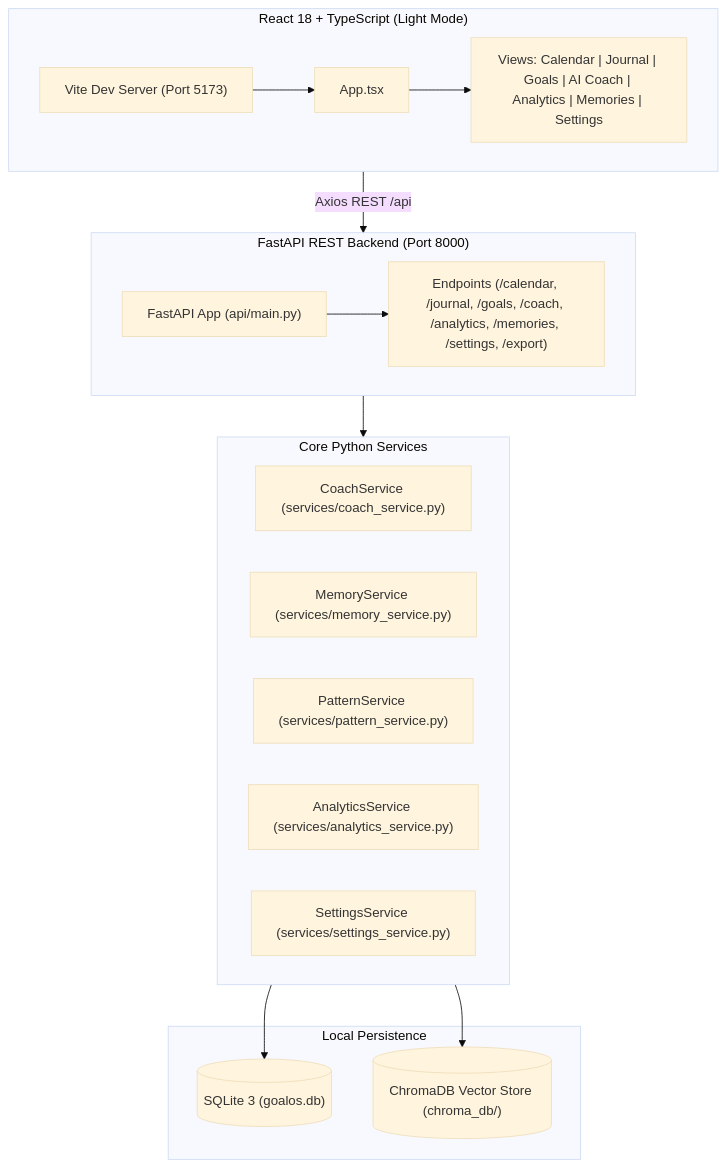
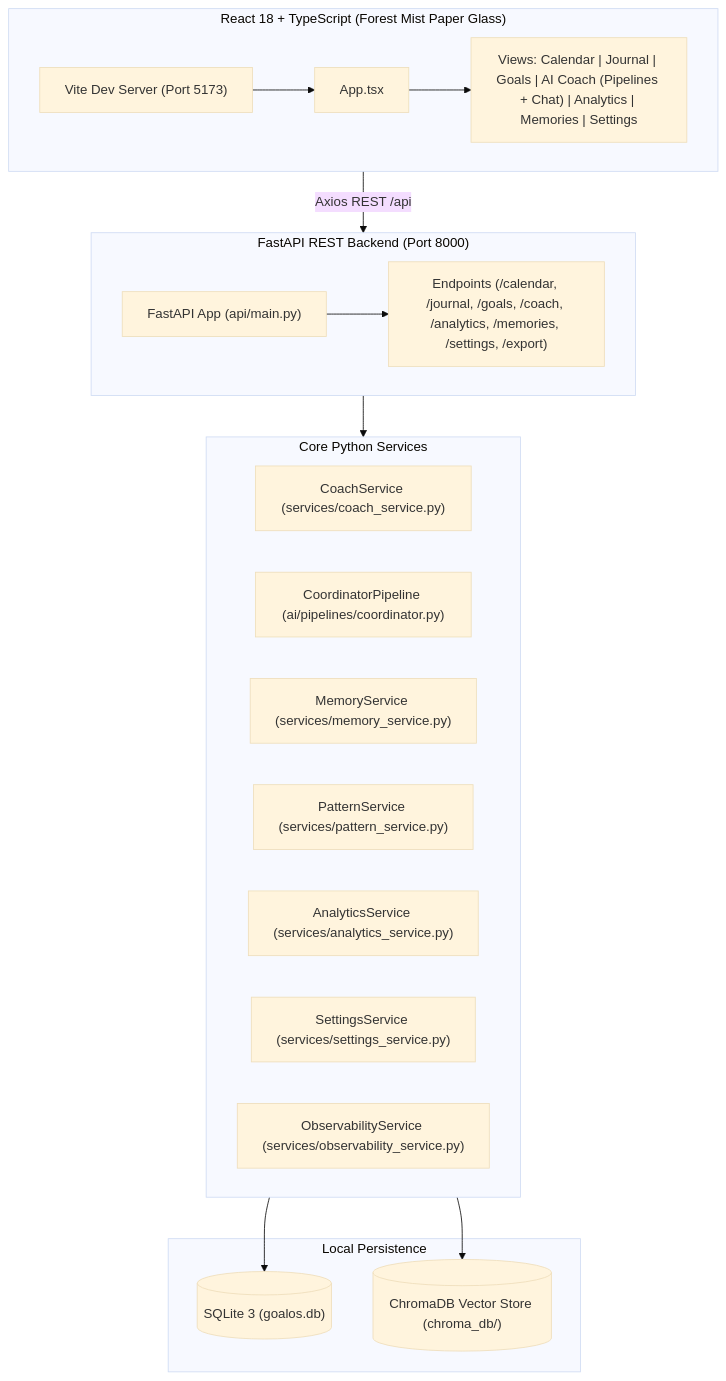
The diagram in README.md (jegadeesh17/GoalOS), drawn with Mermaid (base theme) before and after one commit. The commit also changed other lines of this file and 4 other files, not shown here.

First line of the commit message:
docs: sync README, architecture doc, and project brain with current state

````diff
--- a/README.md
+++ b/README.md
@@ -94,33 +95,35 @@
 ```mermaid
 flowchart TD
-    subgraph Frontend_Layer ["React 18 + TypeScript (Light Mode)"]
+    subgraph Frontend_Layer ["React 18 + TypeScript (Forest Mist Paper Glass)"]
         Vite["Vite Dev Server (Port 5173)"]
         App["App.tsx"]
-        Views["Views: Calendar | Journal | Goals | AI Coach | Analytics | Memories | Settings"]
+        Views["Views: Calendar | Journal | Goals | AI Coach (Pipelines + Chat) | Analytics | Memories | Settings"]
         Vite --> App --> Views
     end
 
     subgraph API_Layer ["FastAPI REST Backend (Port 8000)"]
         FastAPI["FastAPI App (api/main.py)"]
         Routes["Endpoints (/calendar, /journal, /goals, /coach, /analytics, /memories, /settings, /export)"]
         FastAPI --> Routes
     end
 
     subgraph Service_Layer ["Core Python Services"]
         CoachService["CoachService (services/coach_service.py)"]
+        Coordinator["CoordinatorPipeline (ai/pipelines/coordinator.py)"]
         MemoryService["MemoryService (services/memory_service.py)"]
         PatternService["PatternService (services/pattern_service.py)"]
         AnalyticsService["AnalyticsService (services/analytics_service.py)"]
         SettingsService["SettingsService (services/settings_service.py)"]
+        Observability["ObservabilityService (services/observability_service.py)"]
     end
 
     subgraph Data_Layer ["Local Persistence"]
         SQLite[("SQLite 3 (goalos.db)")]
         ChromaDB[("ChromaDB Vector Store (chroma_db/)")]
     end
 
     Frontend_Layer -->|Axios REST /api| API_Layer
     API_Layer --> Service_Layer
     Service_Layer --> SQLite
     Service_Layer --> ChromaDB
 ```
````
